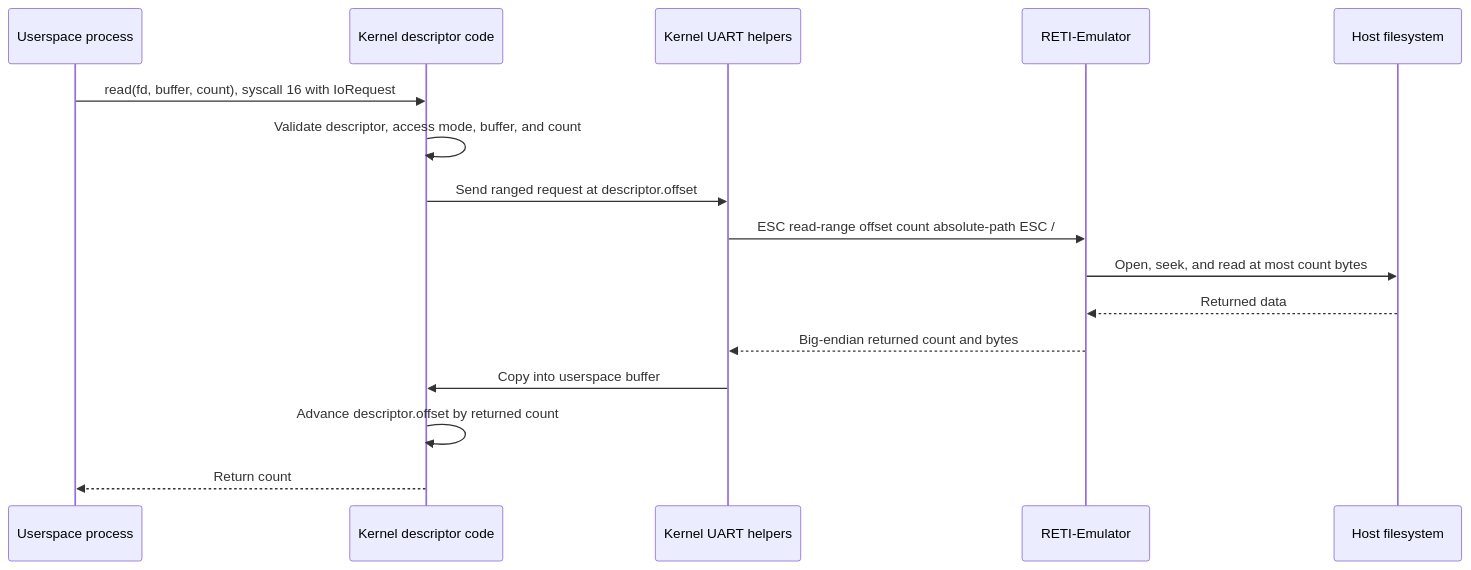
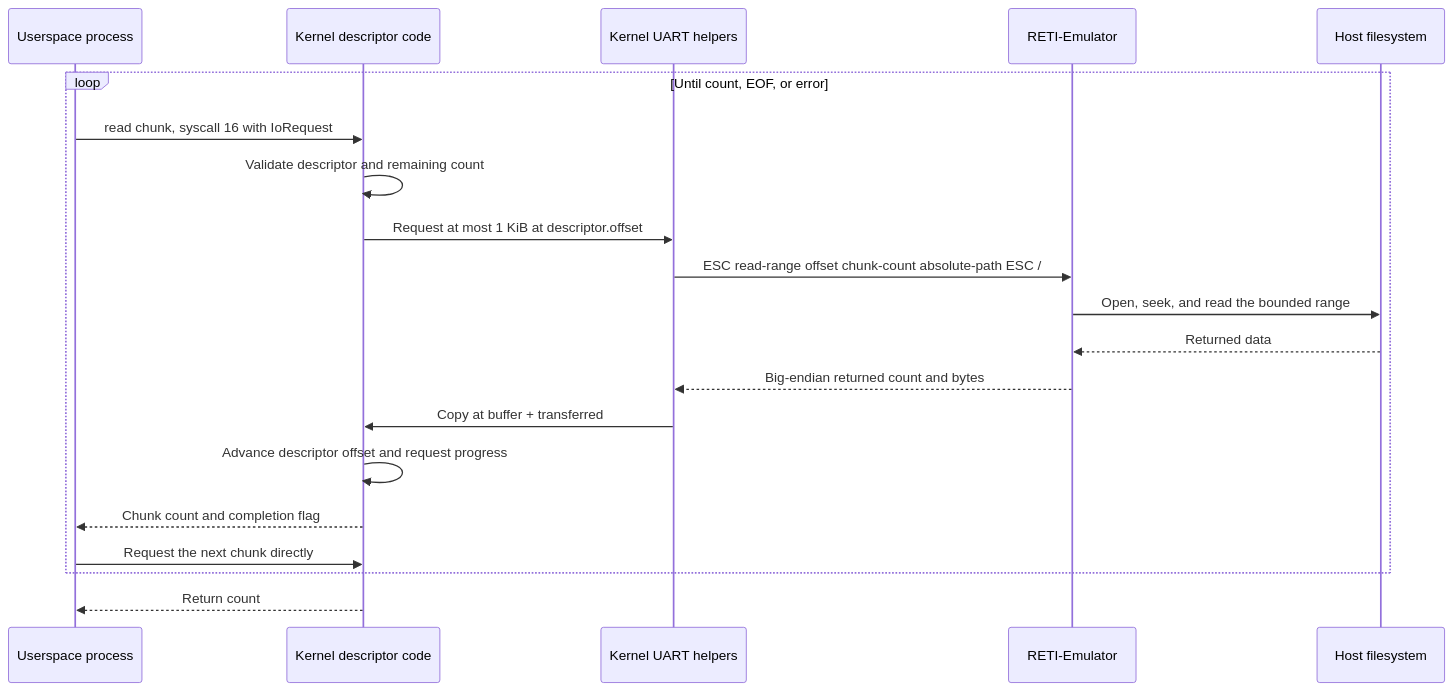
One commit to matthejue/Pico-OS changed diagram 18 of 24 in README.md. Above: the diagram before and after it, drawn with Mermaid. The commit also changed other lines of this file and 32 other files, not shown here.

````diff
--- a/README.md
+++ b/README.md
@@ -2135,19 +2186,23 @@
 ```mermaid
 sequenceDiagram
     participant A as Userspace process
     participant K as Kernel descriptor code
     participant U as Kernel UART helpers
     participant E as RETI-Emulator
     participant H as Host filesystem
 
-    A->>K: read(fd, buffer, count), syscall 16 with IoRequest
-    K->>K: Validate descriptor, access mode, buffer, and count
-    K->>U: Send ranged request at descriptor.offset
-    U->>E: ESC read-range offset count absolute-path ESC /
-    E->>H: Open, seek, and read at most count bytes
-    H-->>E: Returned data
-    E-->>U: Big-endian returned count and bytes
-    U->>K: Copy into userspace buffer
-    K->>K: Advance descriptor.offset by returned count
+    loop Until count, EOF, or error
+        A->>K: read chunk, syscall 16 with IoRequest
+        K->>K: Validate descriptor and remaining count
+        K->>U: Request at most 1 KiB at descriptor.offset
+        U->>E: ESC read-range offset chunk-count absolute-path ESC /
+        E->>H: Open, seek, and read the bounded range
+        H-->>E: Returned data
+        E-->>U: Big-endian returned count and bytes
+        U->>K: Copy at buffer + transferred
+        K->>K: Advance descriptor offset and request progress
+        K-->>A: Chunk count and completion flag
+        A->>K: Request the next chunk directly
+    end
     K-->>A: Return count
 ```
````
